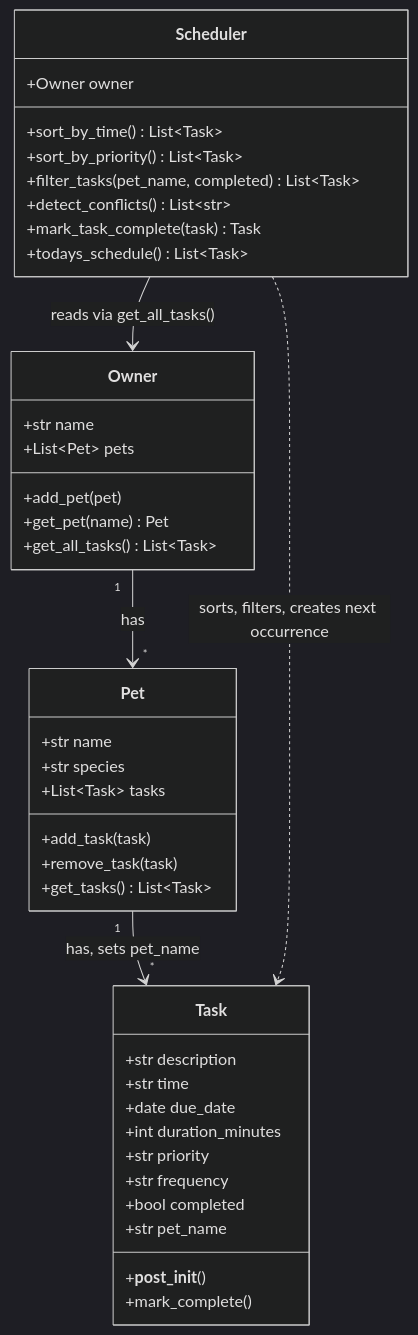
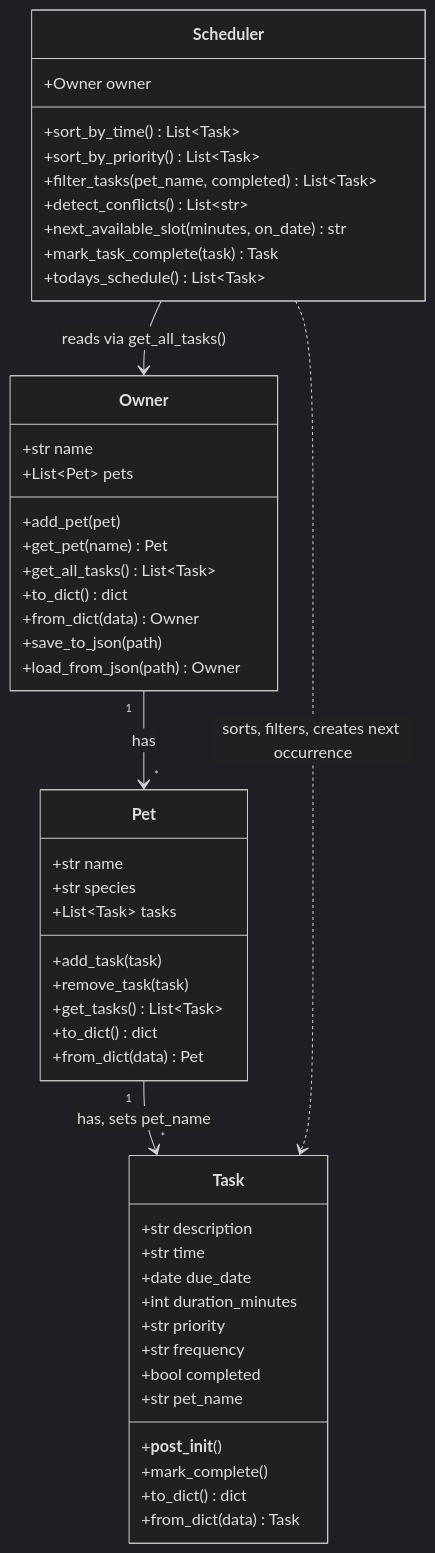
Before and after one commit to Tyson-TVN/ai110-module2show-pawpal-starter: the diagram in diagrams/uml.mmd, drawn with Mermaid (dark theme). The commit also changed 4 other files, not shown here.

Commit message:
docs: document stretch features, update UML and AI interaction notes

```diff
--- a/diagrams/uml.mmd
+++ b/diagrams/uml.mmd
@@ -1,45 +1,54 @@
 classDiagram
     class Task {
         +str description
         +str time
         +date due_date
         +int duration_minutes
         +str priority
         +str frequency
         +bool completed
         +str pet_name
         +__post_init__()
         +mark_complete()
+        +to_dict() dict
+        +from_dict(data) Task
     }
 
     class Pet {
         +str name
         +str species
         +List~Task~ tasks
         +add_task(task)
         +remove_task(task)
         +get_tasks() List~Task~
+        +to_dict() dict
+        +from_dict(data) Pet
     }
 
     class Owner {
         +str name
         +List~Pet~ pets
         +add_pet(pet)
         +get_pet(name) Pet
         +get_all_tasks() List~Task~
+        +to_dict() dict
+        +from_dict(data) Owner
+        +save_to_json(path)
+        +load_from_json(path) Owner
     }
 
     class Scheduler {
         +Owner owner
         +sort_by_time() List~Task~
         +sort_by_priority() List~Task~
         +filter_tasks(pet_name, completed) List~Task~
         +detect_conflicts() List~str~
+        +next_available_slot(minutes, on_date) str
         +mark_task_complete(task) Task
         +todays_schedule() List~Task~
     }
 
     Owner "1" --> "*" Pet : has
     Pet "1" --> "*" Task : has, sets pet_name
     Scheduler --> Owner : reads via get_all_tasks()
     Scheduler ..> Task : sorts, filters, creates next occurrence
```
